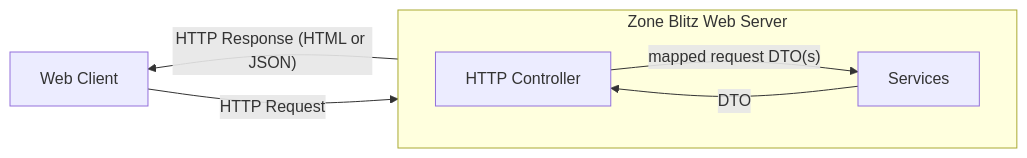
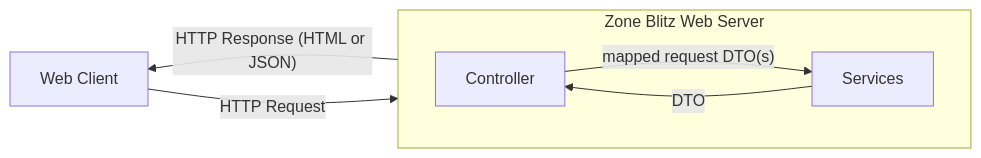
Before and after one commit to Tiernebre/zone-blitz-deprecated: the diagram in docs/application.md, drawn with Mermaid.

Commit message:
controller setup

````diff
--- a/docs/application.md
+++ b/docs/application.md
@@ -7,13 +7,13 @@
 ```mermaid
 flowchart RL
   client[Web Client]
   client-- HTTP Request -->server
   subgraph server[Zone Blitz Web Server]
     direction LR
-    controller[HTTP Controller]
+    controller[Controller]
     service[Services]
     controller-- mapped request DTO(s) -->service
     service-- DTO -->controller
   end
   server-- HTTP Response (HTML or JSON)-->client
 ```
````
